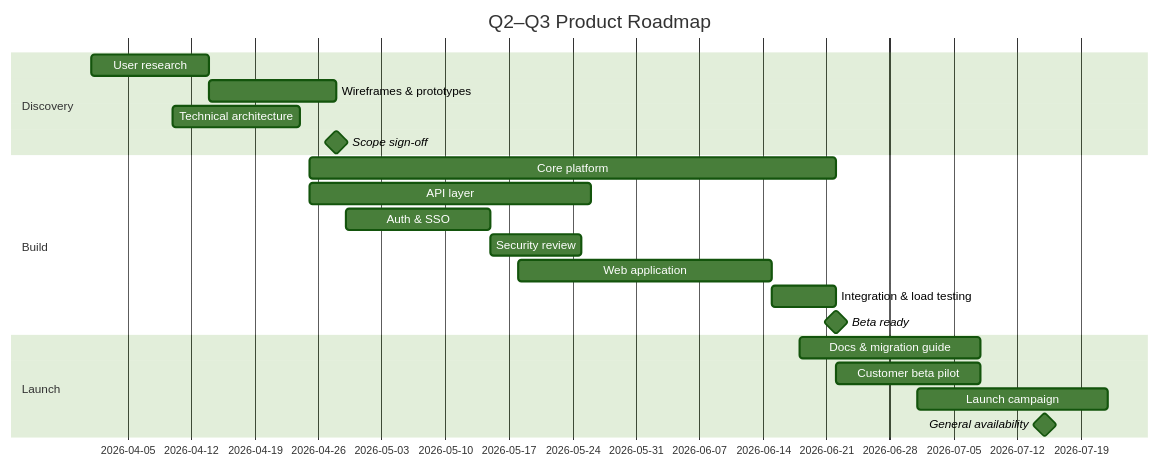
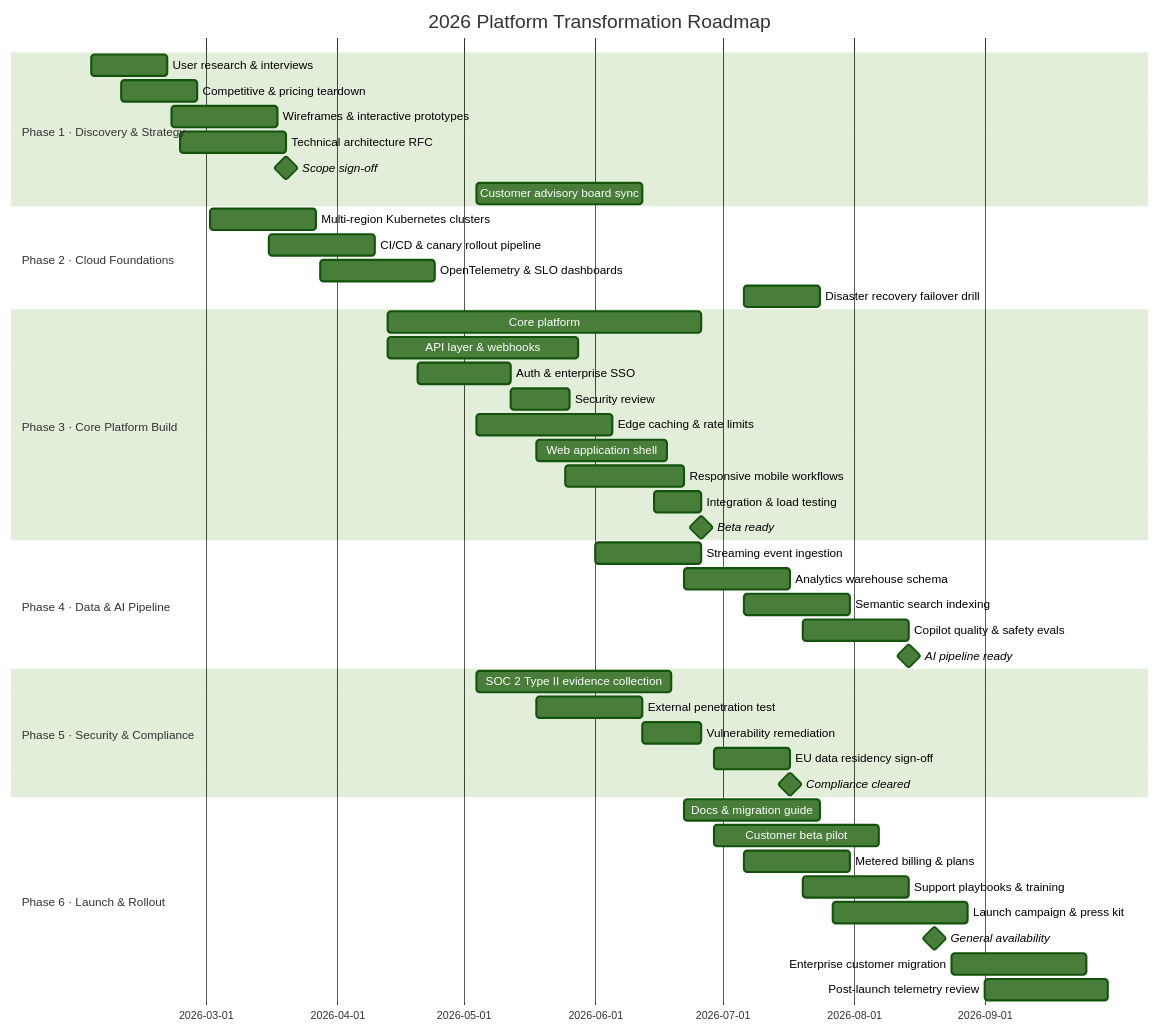
One commit to khanhchungoc/ultimate-diagraming-skill changed the diagram in dev/examples/example-gantt.mmd. Above: the diagram before and after it, drawn with Mermaid (forest theme). The commit also changed 10 other files, not shown here.

Commit message:
feat(gantt): big-plan UX (view filter, In View hint, jump pills, sticky phase, focus chain)

```diff
--- a/dev/examples/example-gantt.mmd
+++ b/dev/examples/example-gantt.mmd
@@ -1,64 +1,138 @@
 gantt
-    title Q2–Q3 Product Roadmap
+    title 2026 Platform Transformation Roadmap
     dateFormat YYYY-MM-DD
     %% @zoom month
     %% @holidays none
     %% @holiday 2026-05-25 Memorial Day
     %% @holiday 2026-07-03 Independence Day (Observed)
-    %% @colorKey 1: Engineering, 2: Design, 3: Security, 4: Go-to-Market
-    %% @marker Launch Day : 2026-07-15 4
+    %% @holiday 2026-09-07 Labor Day
+    %% @colorKey 1: Engineering, 2: Design, 3: Security, 4: Go-to-Market, 5: Data & AI
+    %% @marker Beta Freeze : 2026-06-22 1
+    %% @marker Launch Day : 2026-08-20 4
 
-    section Discovery
-    User research              :res, 2026-04-01, 2026-04-14
+    section Phase 1 · Discovery & Strategy
+    User research & interviews       :res, 2026-02-02, 2026-02-20
     %% @color res 2
-    %% @note res Interview 12 enterprise buyers across US and APAC.
-    Wireframes & prototypes    :ux, after res, 14d
+    %% @note res Interview 18 enterprise buyers across US, EU, and APAC.
+    Competitive & pricing teardown   :market, 2026-02-09, 2026-02-27
+    %% @color market 4
+    Wireframes & interactive prototypes :ux, 2026-02-21, 2026-03-18
     %% @color ux 2
-    Technical architecture     :spec, 2026-04-10, 2026-04-24
+    %% @dep ux fs res
+    Technical architecture RFC       :spec, 2026-02-23, 2026-03-20
     %% @color spec 1
     %% @dep spec ss res
-    Scope sign-off             :milestone, signoff, after ux, 0d
+    Scope sign-off                   :milestone, signoff, 2026-03-20, 0d
     %% @color signoff 2
+    %% @dep signoff fs ux
+    Customer advisory board sync     :cab, 2026-05-04, 2026-06-12
+    %% @color cab 4
+    %% @note cab Monthly executive check-in carried over from Discovery.
 
-    section Build
-    Core platform              :plat, 2026-04-25, 2026-06-22
+    section Phase 2 · Cloud Foundations
+    Multi-region Kubernetes clusters :infra, 2026-03-02, 2026-03-27
+    %% @color infra 1
+    %% @dep infra ss spec
+    CI/CD & canary rollout pipeline  :ci, 2026-03-16, 2026-04-10
+    %% @color ci 1
+    %% @dep ci ss infra
+    OpenTelemetry & SLO dashboards   :obs, 2026-03-28, 2026-04-24
+    %% @color obs 1
+    Disaster recovery failover drill :dr, 2026-07-06, 2026-07-24
+    %% @color dr 3
+
+    section Phase 3 · Core Platform Build
+    Core platform                    :plat, 2026-04-13, 2026-06-26
     %% @color plat 1
-    API layer                  :api, 2026-04-25, 2026-05-26
+    API layer & webhooks             :api, 2026-04-13, 2026-05-28
     %% @parent api plat
     %% @color api 1
     %% @dep api fs spec
     %% @note api GraphQL and REST endpoints with versioned webhooks.
-    Auth & SSO                 :auth, 2026-04-29, 16d
+    Auth & enterprise SSO            :auth, 2026-04-20, 2026-05-12
     %% @parent auth api
     %% @color auth 3
     %% @dep auth ss api
-    Security review            :audit, after auth, 10d
+    Security review                  :audit, 2026-05-12, 2026-05-26
     %% @parent audit api
     %% @color audit 3
+    %% @dep audit fs auth
     %% @note audit External pen-test and SOC 2 access controls check.
-    Web application            :ui, 2026-05-18, 2026-06-15
+    Edge caching & rate limits       :cache, 2026-05-04, 2026-06-05
+    %% @parent cache plat
+    %% @color cache 1
+    Web application shell            :ui, 2026-05-18, 2026-06-18
     %% @parent ui plat
     %% @color ui 2
     %% @dep ui fs api
     %% @note ui Starts on mocked API contracts; intentional overlap with API freeze.
-    Integration & load testing :qa, after ui, 7d
+    Responsive mobile workflows      :mobile, 2026-05-25, 2026-06-22
+    %% @parent mobile plat
+    %% @color mobile 2
+    Integration & load testing       :qa, 2026-06-15, 2026-06-26
     %% @parent qa plat
     %% @color qa 1
-    Beta ready                 :milestone, beta, after qa, 0d
+    %% @dep qa fs ui
+    Beta ready                       :milestone, beta, 2026-06-26, 0d
     %% @parent beta plat
     %% @color beta 1
+    %% @dep beta fs qa
 
-    section Launch
-    Docs & migration guide     :docs, 2026-06-18, 2026-07-08
+    section Phase 4 · Data & AI Pipeline
+    Streaming event ingestion        :ingest, 2026-06-01, 2026-06-26
+    %% @color ingest 5
+    %% @dep ingest fs api
+    Analytics warehouse schema       :warehouse, 2026-06-22, 2026-07-17
+    %% @color warehouse 5
+    %% @dep warehouse fs ingest
+    Semantic search indexing         :search_idx, 2026-07-06, 2026-07-31
+    %% @color search_idx 5
+    %% @dep search_idx ss warehouse
+    Copilot quality & safety evals   :evals, 2026-07-20, 2026-08-14
+    %% @color evals 5
+    %% @dep evals ss search_idx
+    AI pipeline ready                :milestone, ai_ready, 2026-08-14, 0d
+    %% @color ai_ready 5
+    %% @dep ai_ready fs evals
+
+    section Phase 5 · Security & Compliance
+    SOC 2 Type II evidence collection :soc2, 2026-05-04, 2026-06-19
+    %% @color soc2 3
+    External penetration test        :pentest, 2026-05-18, 2026-06-12
+    %% @color pentest 3
+    %% @dep pentest ss audit
+    Vulnerability remediation        :remed, 2026-06-12, 2026-06-26
+    %% @color remed 3
+    %% @dep remed fs pentest
+    EU data residency sign-off       :gdpr, 2026-06-29, 2026-07-17
+    %% @color gdpr 3
+    %% @dep gdpr fs remed
+    Compliance cleared               :milestone, comp_done, 2026-07-17, 0d
+    %% @color comp_done 3
+    %% @dep comp_done fs gdpr
+
+    section Phase 6 · Launch & Rollout
+    Docs & migration guide           :docs, 2026-06-22, 2026-07-24
     %% @color docs 4
     %% @dep docs ss qa
-    Customer beta pilot        :pilot, after beta, 16d
+    Customer beta pilot              :pilot, 2026-06-29, 2026-08-07
     %% @color pilot 4
+    %% @dep pilot fs beta
     %% @note pilot Five design-partner teams running production workloads.
-    Launch campaign            :gtm, 2026-07-01, 2026-07-22
+    Metered billing & plans          :billing, 2026-07-06, 2026-07-31
+    %% @color billing 1
+    Support playbooks & training     :support, 2026-07-20, 2026-08-14
+    %% @color support 4
+    Launch campaign & press kit      :gtm, 2026-07-27, 2026-08-28
     %% @color gtm 4
     %% @dep gtm ss pilot
-    General availability       :milestone, ga, 2026-07-15, 0d
+    General availability             :milestone, ga, 2026-08-20, 0d
     %% @color ga 4
     %% @dep ga fs pilot
-    %% @dep ga fs docs
+    %% @dep ga fs comp_done
+    %% @dep ga fs ai_ready
+    Enterprise customer migration    :onboard, 2026-08-24, 2026-09-25
+    %% @color onboard 4
+    %% @dep onboard fs ga
+    Post-launch telemetry review     :post_tel, 2026-09-01, 2026-09-30
+    %% @color post_tel 5
```
